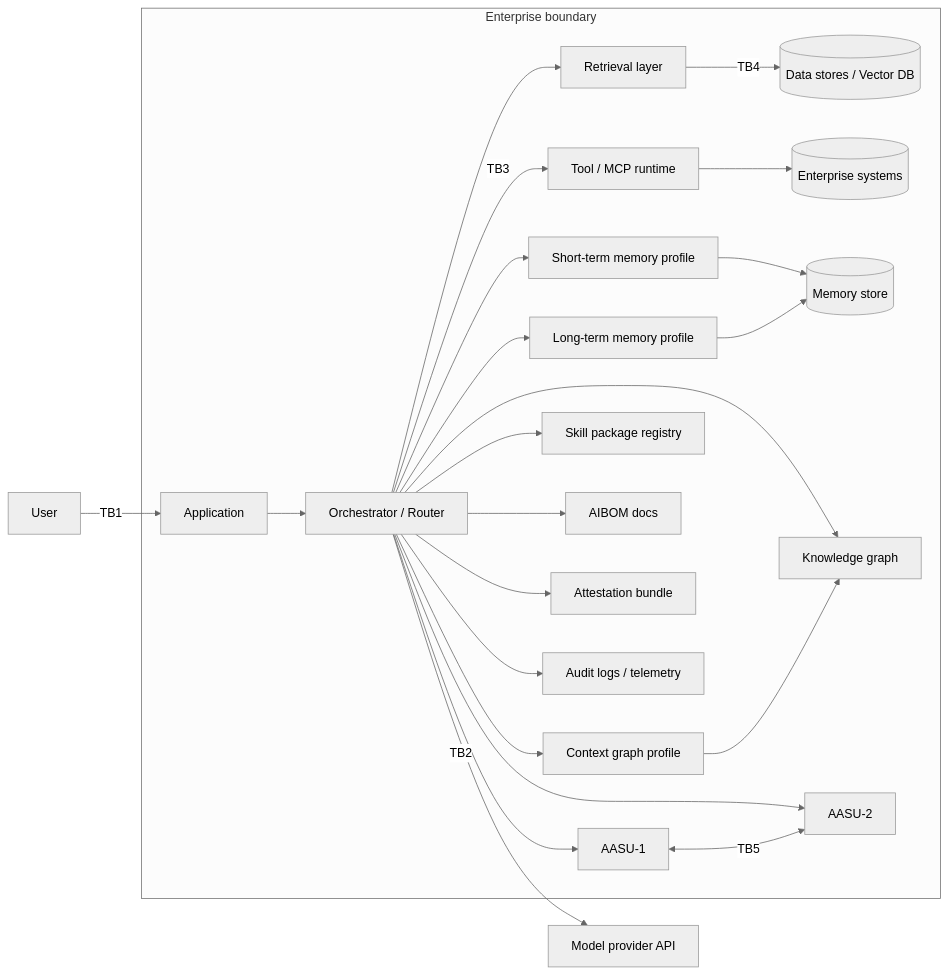
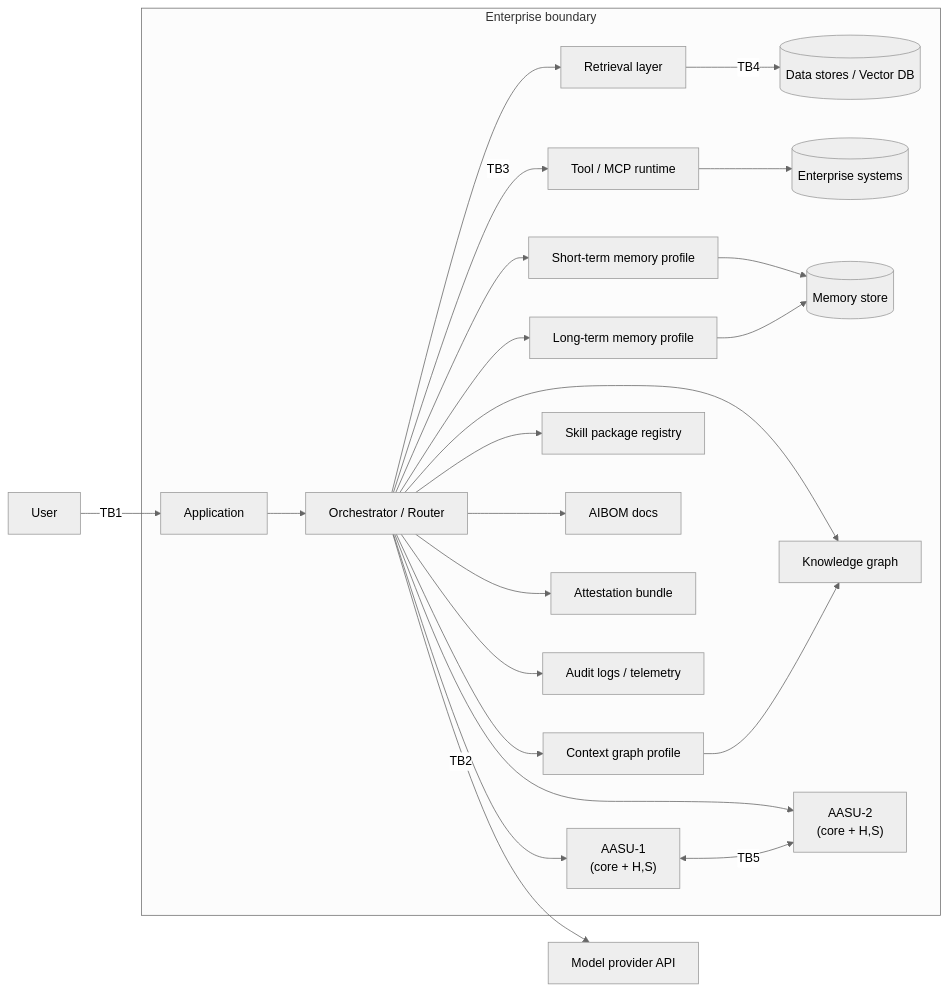
One commit to SAISec/AASU changed the seventh of 10 diagrams in AASU_White_Paper_Consolidated_v2_2.md. Above: the diagram before and after it, drawn with Mermaid (neutral theme). The commit also changed other lines of this file and 20 other files, not shown here.

````diff
--- a/AASU_White_Paper_Consolidated_v2_2.md
+++ b/AASU_White_Paper_Consolidated_v2_2.md
@@ -270,32 +291,32 @@
 ```mermaid
 flowchart LR
   U[User] -->|TB1| APP[Application]
 
   subgraph ENT["Enterprise boundary"]
     APP --> ORCH[Orchestrator / Router]
 
     ORCH --> RET[Retrieval layer]
     RET -->|TB4| DATA[(Data stores / Vector DB)]
 
     ORCH -->|TB3| TOOL[Tool / MCP runtime]
     TOOL --> SYS[(Enterprise systems)]
 
     ORCH --> STM[Short-term memory profile]
     ORCH --> LTM[Long-term memory profile]
     STM --> MSTORE[(Memory store)]
     LTM --> MSTORE
     ORCH --> KG[Knowledge graph]
     ORCH --> CG[Context graph profile]
     CG --> KG
     ORCH --> SK[Skill package registry]
     ORCH --> BOM[AIBOM docs]
     ORCH --> ATT[Attestation bundle]
     ORCH --> LOG[Audit logs / telemetry]
 
-    ORCH --> A1[AASU-1]
-    ORCH --> A2[AASU-2]
+    ORCH --> A1["AASU-1<br/>(core + H,S)"]
+    ORCH --> A2["AASU-2<br/>(core + H,S)"]
     A1 <-->|TB5| A2
   end
 
   ORCH -->|TB2| LLM[Model provider API]
 ```
````
